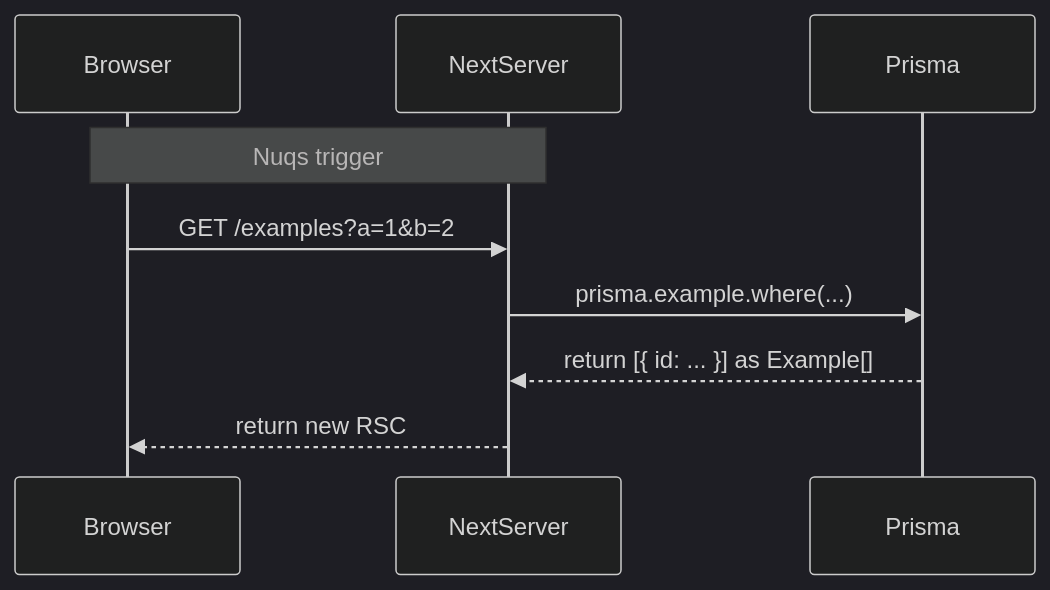
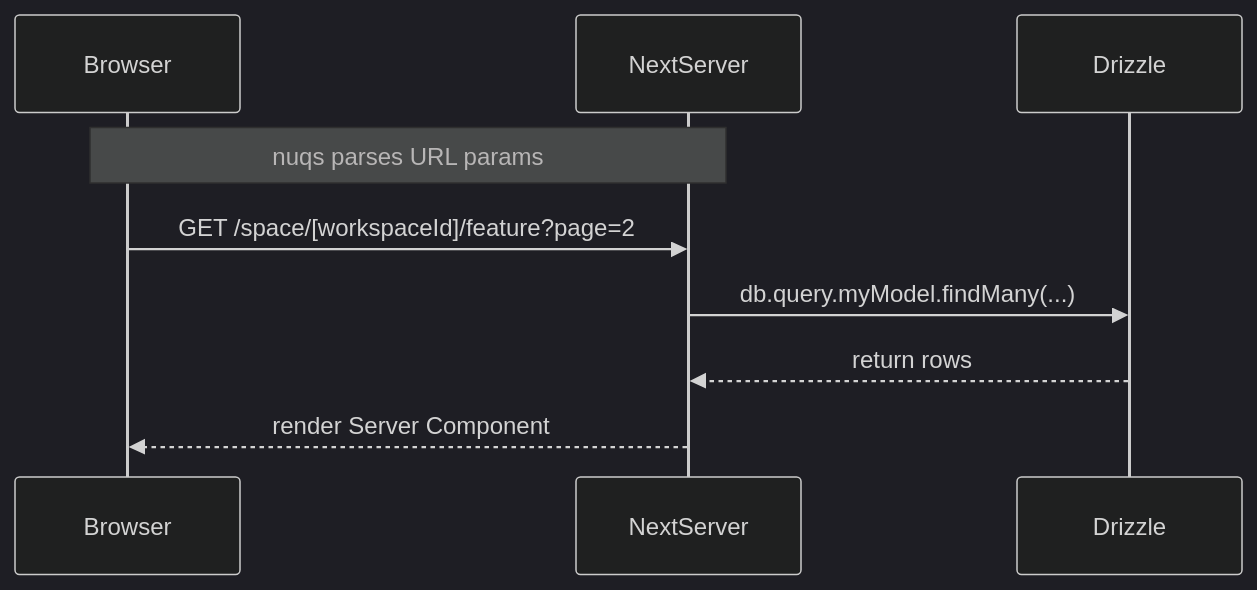
The first of 4 diagrams in docs/request-workflow.md (JuanBifrost/ChatbotX), drawn with Mermaid (dark theme) before and after one commit. The commit also changed other lines of this file and 7 other files, not shown here.

````diff
--- a/docs/request-workflow.md
+++ b/docs/request-workflow.md
@@ -5,8 +5,8 @@
 ```mermaid
 sequenceDiagram
-  Note over Browser,NextServer: Nuqs trigger
-  Browser->>NextServer: GET /examples?a=1&b=2
-  NextServer->>Prisma: prisma.example.where(...)
-  Prisma-->>NextServer: return [{ id: ... }] as Example[]
-  NextServer-->>Browser: return new RSC
+  Note over Browser,NextServer: nuqs parses URL params
+  Browser->>NextServer: GET /space/[workspaceId]/feature?page=2
+  NextServer->>Drizzle: db.query.myModel.findMany(...)
+  Drizzle-->>NextServer: return rows
+  NextServer-->>Browser: render Server Component
 ```
````
